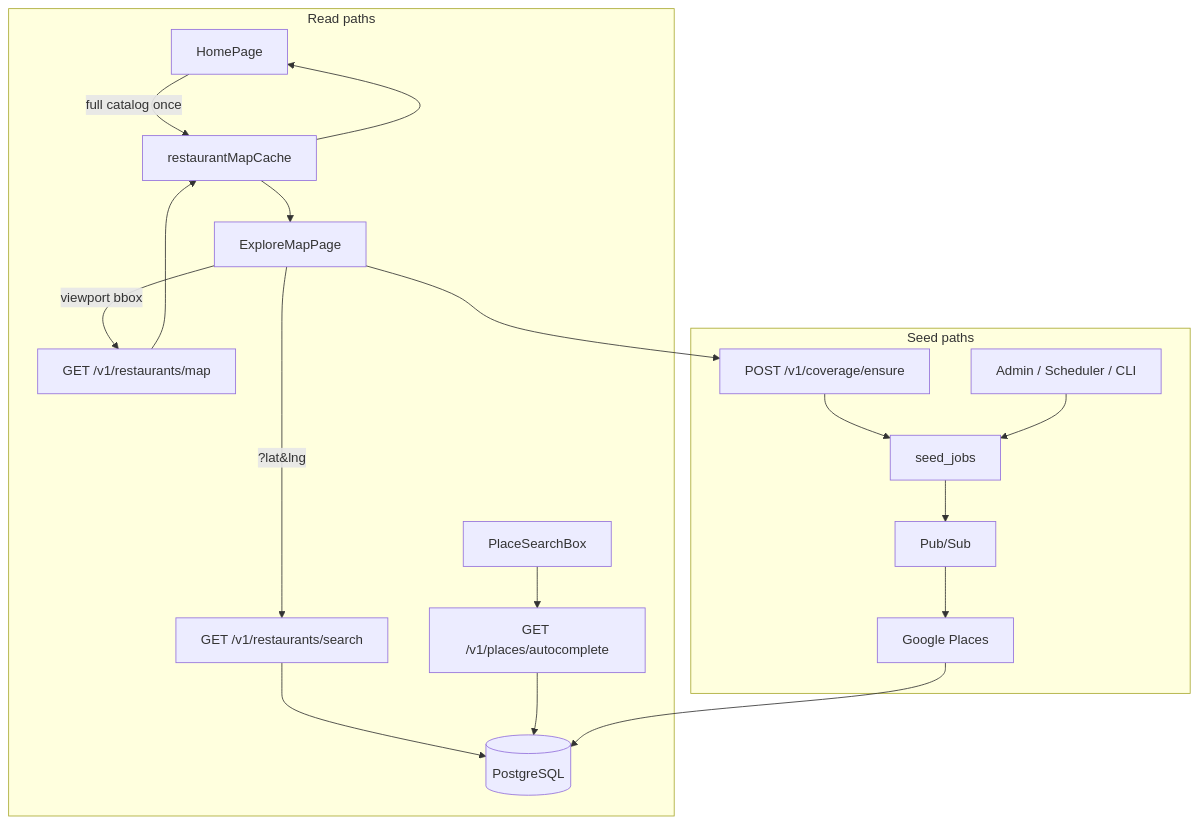
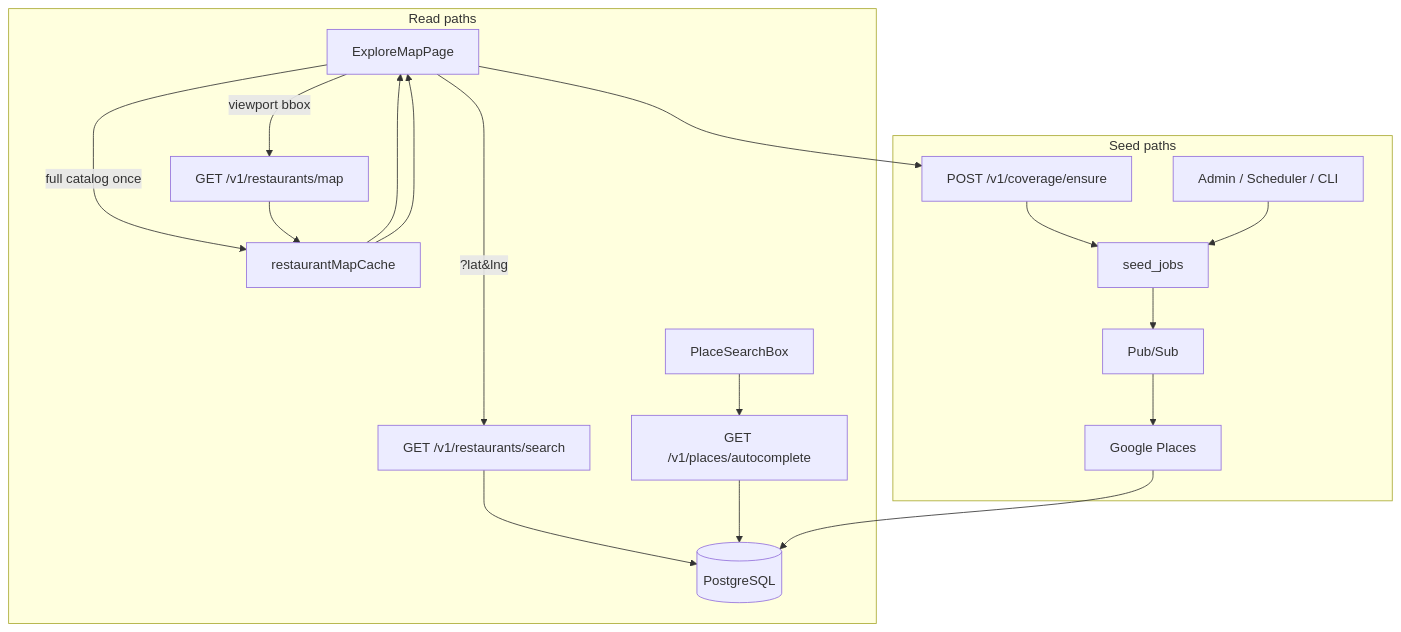
The diagram in docs/MAP_SEARCH_AND_SEEDING.md (samueljoeharris/restaurant_app), drawn with Mermaid before and after one commit. The commit also changed other lines of this file and 31 other files, not shown here.

````diff
--- a/docs/MAP_SEARCH_AND_SEEDING.md
+++ b/docs/MAP_SEARCH_AND_SEEDING.md
@@ -234,24 +233,24 @@
 ```mermaid
 flowchart TB
   subgraph read [Read paths]
-    Home[HomePage] -->|full catalog once| Cache[restaurantMapCache]
+    Explore[ExploreMapPage] -->|full catalog once| Cache[restaurantMapCache]
     Explore[ExploreMapPage] -->|viewport bbox| MapAPI["GET /v1/restaurants/map"]
     Explore -->|?lat&lng| SearchAPI["GET /v1/restaurants/search"]
     Typeahead[PlaceSearchBox] --> Auto["GET /v1/places/autocomplete"]
     MapAPI --> Cache
     SearchAPI --> PG[(PostgreSQL)]
     Auto --> PG
     Cache --> Explore
-    Cache --> Home
+    Cache --> Explore
   end
 
   subgraph seed [Seed paths]
     Coverage["POST /v1/coverage/ensure"] --> Jobs[seed_jobs]
     Admin[Admin / Scheduler / CLI] --> Jobs
     Jobs --> PubSub[Pub/Sub]
     PubSub --> Places[Google Places]
     Places --> PG
   end
 
   Explore --> Coverage
 ```
````
